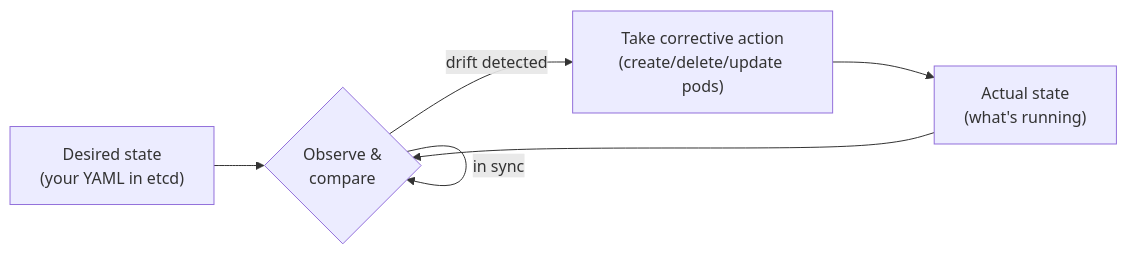
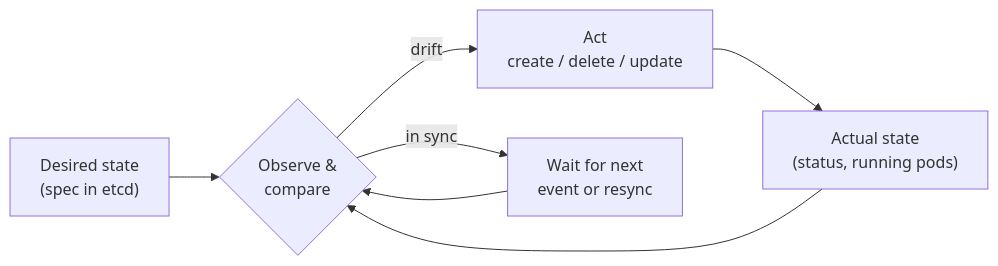
The third of 7 diagrams in github-pages/docs/technology/kubernetes/fundamentals.md (AndrewAltimit/Documentation), drawn with Mermaid before and after one commit. The commit also changed other lines of this file and 240 other files, not shown here.

````diff
--- a/github-pages/docs/technology/kubernetes/fundamentals.md
+++ b/github-pages/docs/technology/kubernetes/fundamentals.md
@@ -254,8 +219,9 @@
 ```mermaid
 flowchart LR
-    D["Desired state<br/>(your YAML in etcd)"] --> C{"Observe &<br/>compare"}
-    A["Actual state<br/>(what's running)"] --> C
-    C -->|"drift detected"| ACT["Take corrective action<br/>(create/delete/update pods)"]
+    D["Desired state<br/>(spec in etcd)"] --> C{"Observe &<br/>compare"}
+    A["Actual state<br/>(status, running pods)"] --> C
+    C -->|"drift"| ACT["Act<br/>create / delete / update"]
     ACT --> A
-    C -->|"in sync"| C
+    C -->|"in sync"| W["Wait for next<br/>event or resync"]
+    W --> C
 ```
````
